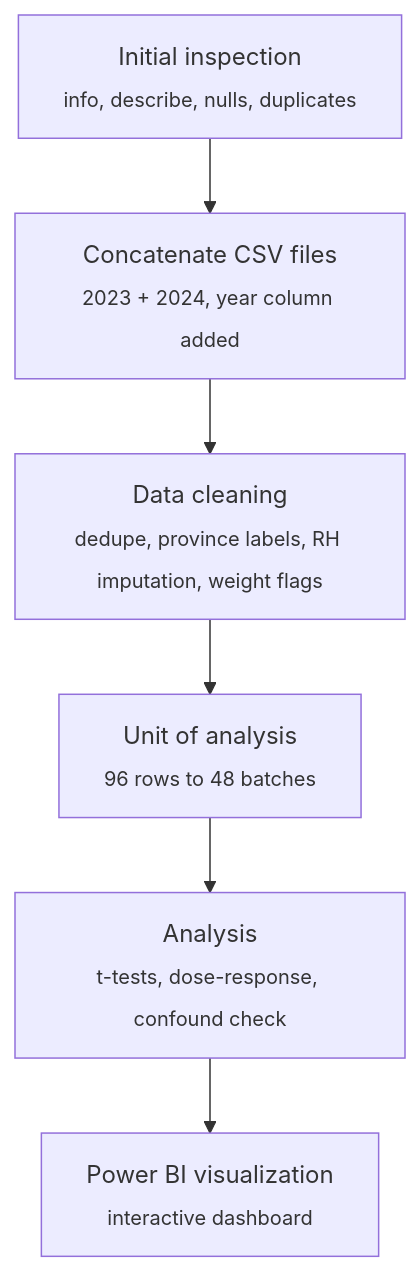
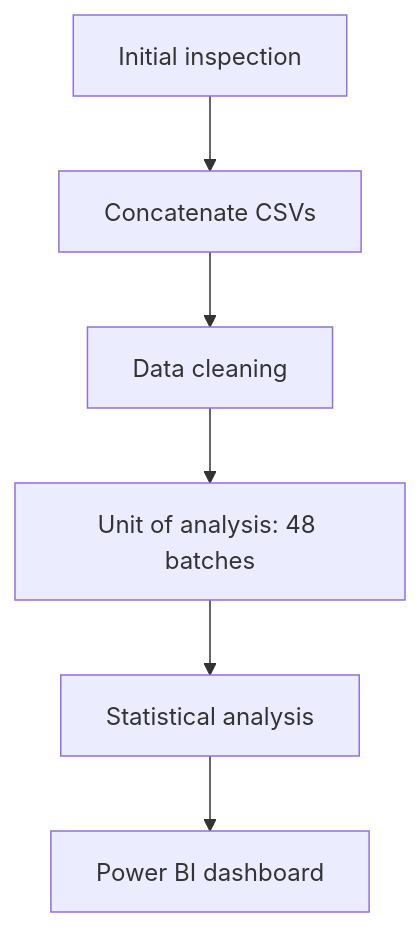
The diagram in README.md (mirjosh/Postharvest-Loss-Assessment-of-Carabao-Mango-from-a-LLM-Data), drawn with Mermaid before and after one commit.

Commit message:
Simplify methodology flowchart in README

````diff
--- a/README.md
+++ b/README.md
@@ -42,11 +42,4 @@
 ```mermaid
 flowchart TD
-    A[Initial inspection<br/><sub>info, describe, nulls, duplicates</sub>]
-    B[Concatenate CSV files<br/><sub>2023 + 2024, year column added</sub>]
-    C[Data cleaning<br/><sub>dedupe, province labels, RH imputation, weight flags</sub>]
-    D[Unit of analysis<br/><sub>96 rows to 48 batches</sub>]
-    E[Analysis<br/><sub>t-tests, dose-response, confound check</sub>]
-    F[Power BI visualization<br/><sub>interactive dashboard</sub>]
-
-    A --> B --> C --> D --> E --> F
+    A[Initial inspection] --> B[Concatenate CSVs] --> C[Data cleaning] --> D[Unit of analysis: 48 batches] --> E[Statistical analysis] --> F[Power BI dashboard]
 ```
````
